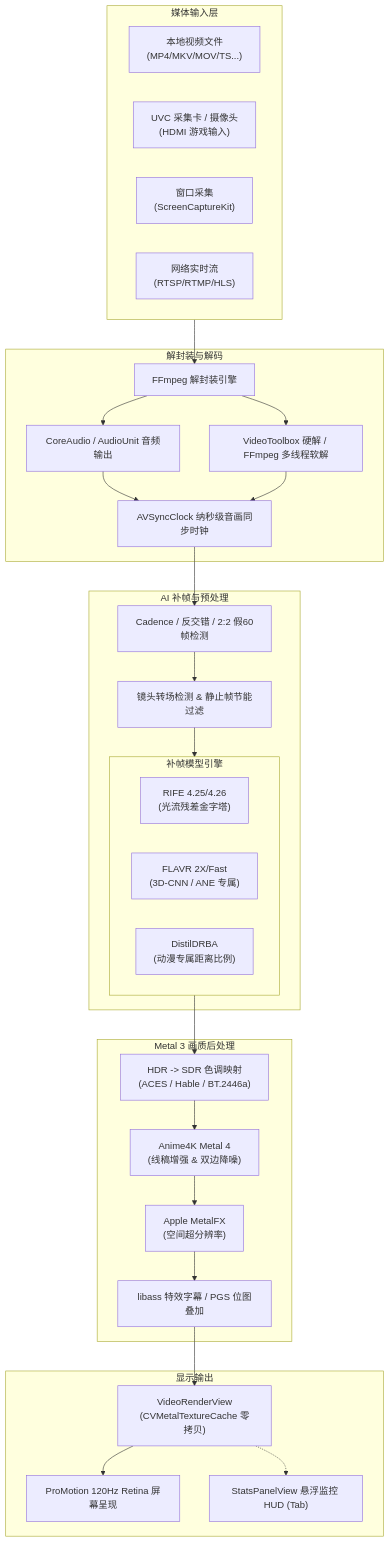
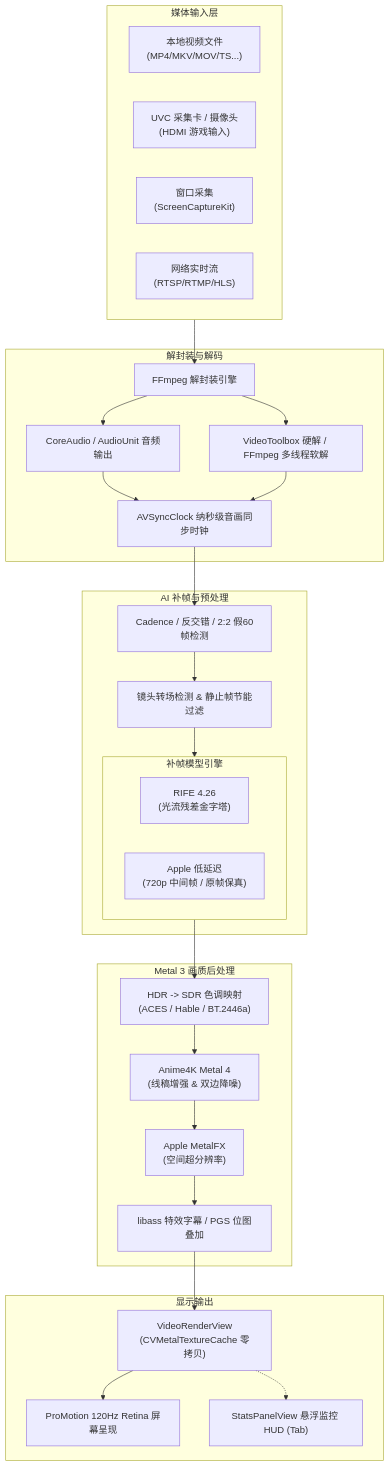
Before and after one commit to TeeAte/MacrifePlayer: the diagram in README.md, drawn with Mermaid. The commit also changed other lines of this file and 29 other files, not shown here.

````diff
--- a/README.md
+++ b/README.md
@@ -77,56 +76,55 @@
 ```mermaid
 flowchart TD
     subgraph Input ["媒体输入层"]
         File["本地视频文件\n(MP4/MKV/MOV/TS...)"]
         Cap["UVC 采集卡 / 摄像头\n(HDMI 游戏输入)"]
         WinCap["窗口采集\n(ScreenCaptureKit)"]
         NetStream["网络实时流\n(RTSP/RTMP/HLS)"]
     end
 
     subgraph Decode ["解封装与解码"]
         FFmpeg["FFmpeg 解封装引擎"]
         VT["VideoToolbox 硬解 / FFmpeg 多线程软解"]
         AudioUnit["CoreAudio / AudioUnit 音频输出"]
         Sync["AVSyncClock 纳秒级音画同步时钟"]
     end
 
     subgraph AI ["AI 补帧与预处理"]
         Cadence["Cadence / 反交错 / 2:2 假60帧检测"]
         SceneDetect["镜头转场检测 & 静止帧节能过滤"]
         
         subgraph Models ["补帧模型引擎"]
-            RIFE["RIFE 4.25/4.26\n(光流残差金字塔)"]
-            FLAVR["FLAVR 2X/Fast\n(3D-CNN / ANE 专属)"]
-            DRBA["DistilDRBA\n(动漫专属距离比例)"]
+            RIFE["RIFE 4.26\n(光流残差金字塔)"]
+            Apple["Apple 低延迟\n(720p 中间帧 / 原帧保真)"]
         end
     end
 
     subgraph PostProcess ["Metal 3 画质后处理"]
         HDR["HDR -> SDR 色调映射\n(ACES / Hable / BT.2446a)"]
         Anime4K["Anime4K Metal 4\n(线稿增强 & 双边降噪)"]
         MetalFX["Apple MetalFX\n(空间超分辨率)"]
         Subtitles["libass 特效字幕 / PGS 位图叠加"]
     end
 
     subgraph Output ["显示输出"]
         Render["VideoRenderView\n(CVMetalTextureCache 零拷贝)"]
         Display["ProMotion 120Hz Retina 屏幕呈现"]
         HUD["StatsPanelView 悬浮监控 HUD (Tab)"]
     end
 
     Input --> FFmpeg
     FFmpeg --> VT
     FFmpeg --> AudioUnit
     AudioUnit --> Sync
     VT --> Sync
     Sync --> Cadence
     Cadence --> SceneDetect
     SceneDetect --> Models
     Models --> HDR
     HDR --> Anime4K
     Anime4K --> MetalFX
     MetalFX --> Subtitles
     Subtitles --> Render
     Render --> Display
     Render -.-> HUD
 ```
````
